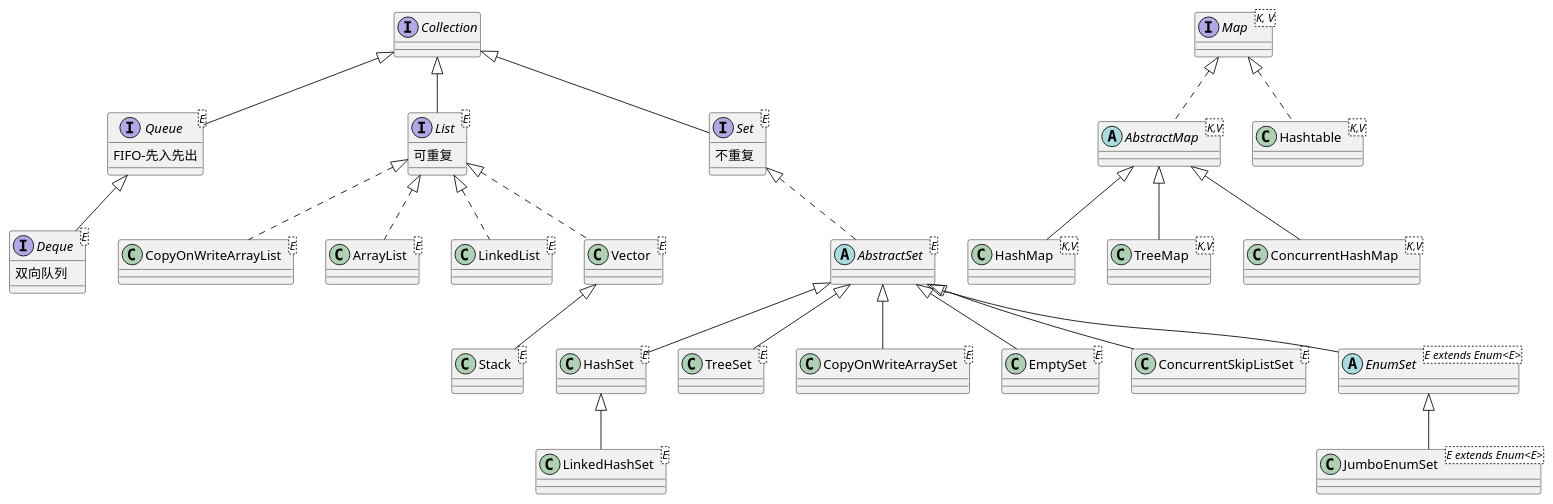
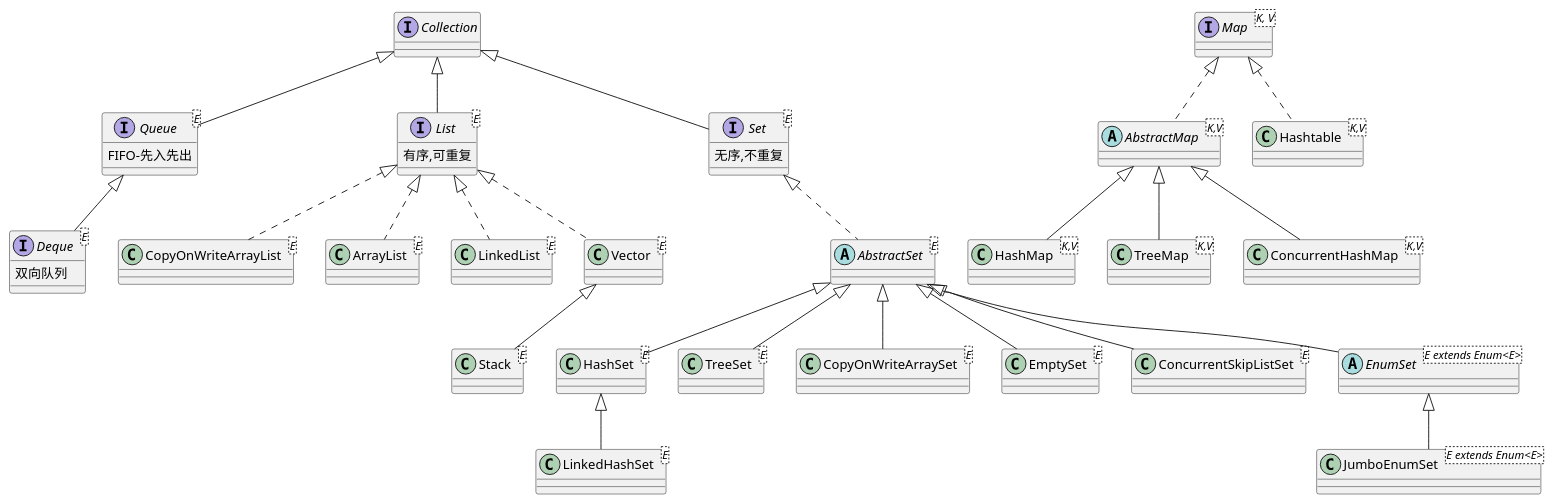
One commit to ismemonday/JDK_LEARN changed the diagram in src/main/java/mao/gui/dong/mydata/data.puml. Above: the diagram before and after it, drawn with PlantUML. The commit also changed 322 other files, not shown here.

```diff
--- a/src/main/java/mao/gui/dong/mydata/data.puml
+++ b/src/main/java/mao/gui/dong/mydata/data.puml
@@ -1,38 +1,38 @@
 @startuml
 '集合
 
 interface Queue<E> extends Collection{
 FIFO-先入先出
 }
 interface List<E> extends Collection{
-可重复
+有序,可重复
 }
 interface Set<E> extends Collection{
-不重复
+无序,不重复
 }
 interface Deque<E> extends Queue{
 双向队列
 }
 'list
 class CopyOnWriteArrayList<E> implements List
 class ArrayList<E>  implements List
 class LinkedList<E> implements List
 class Stack<E> extends Vector
 class Vector<E> implements List
 class HashSet<E> extends AbstractSet
 class TreeSet<E> extends AbstractSet
 abstract class AbstractSet<E>  implements Set
 class CopyOnWriteArraySet<E> extends AbstractSet
 class EmptySet<E> extends AbstractSet
 class ConcurrentSkipListSet<E> extends AbstractSet
 abstract class EnumSet<E extends Enum<E>> extends AbstractSet
 class JumboEnumSet<E extends Enum<E>> extends EnumSet
 class LinkedHashSet<E> extends HashSet
 'map
 interface Map<K, V>
 abstract class AbstractMap<K,V> implements Map
 class HashMap<K,V> extends AbstractMap
 class TreeMap<K,V> extends AbstractMap
 class Hashtable<K,V> implements Map
 class ConcurrentHashMap<K,V> extends AbstractMap
 @enduml
```
